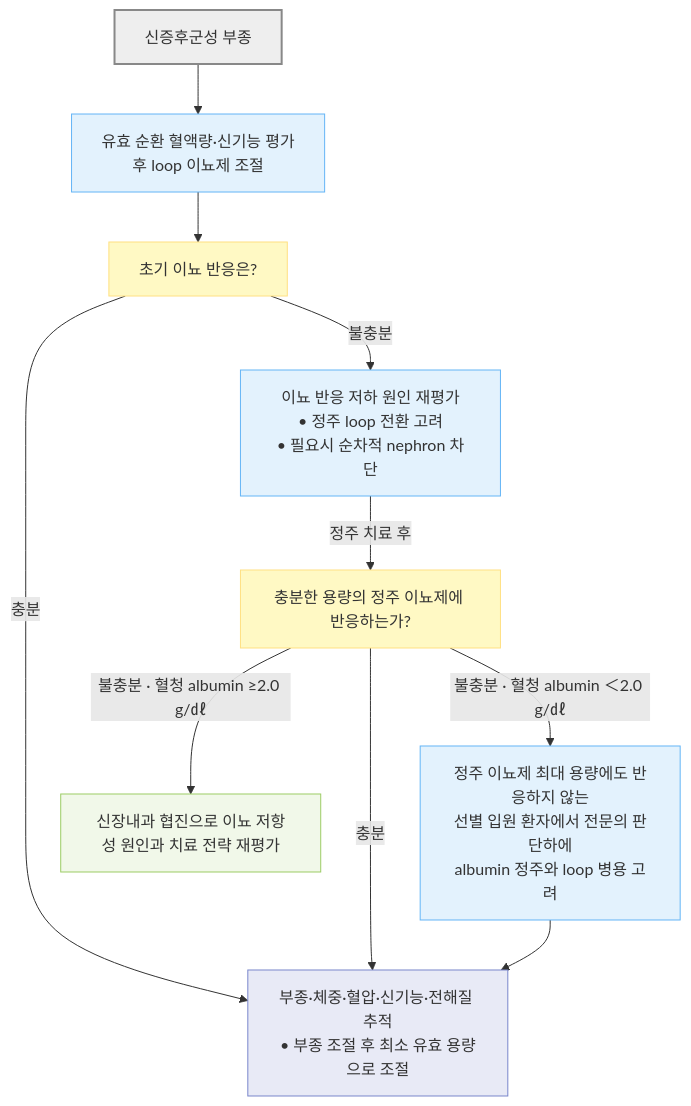
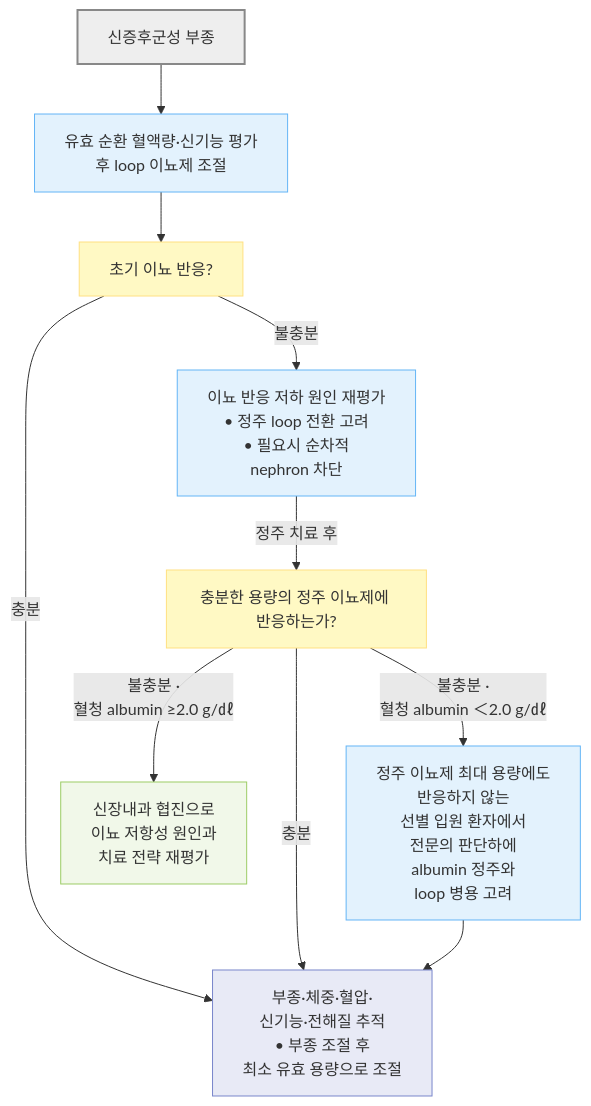
One commit to familyoh77/familyoh77 changed the fifth of 5 diagrams in 220_/012_-edema.md. Above: the diagram before and after it, drawn with Mermaid. The commit also changed other lines of this file, not shown here.

````diff
--- a/220_/012_-edema.md
+++ b/220_/012_-edema.md
@@ -455,22 +456,22 @@
 ```mermaid
 flowchart TD
     NS["신증후군성 부종"] --> NS1["유효 순환 혈액량·신기능 평가<br/>후 loop 이뇨제 조절"]
-    NS1 --> Q1["초기 이뇨 반응은?"]
-    Q1 -- "충분" --> F["부종·체중·혈압·신기능·전해질 추적<br/>• 부종 조절 후 최소 유효 용량으로 조절"]
-    Q1 -- "불충분" --> NS2["이뇨 반응 저하 원인 재평가<br/>• 정주 loop 전환 고려<br/>• 필요시 순차적 nephron 차단"]
+    NS1 --> Q1["초기 이뇨 반응?"]
+    Q1 -- "충분" --> F["부종·체중·혈압·<br/>신기능·전해질 추적<br/>• 부종 조절 후 <br/>최소 유효 용량으로 조절"]
+    Q1 -- "불충분" --> NS2["이뇨 반응 저하 원인 재평가<br/>• 정주 loop 전환 고려<br/>• 필요시 순차적 <br/>nephron 차단"]
     NS2 -- "정주 치료 후" --> Q2["충분한 용량의 정주 이뇨제에 반응하는가?"]
     Q2 -- "충분" --> F
-    Q2 -- "불충분 · 혈청 albumin ＜2.0 g/㎗" --> ALB["정주 이뇨제 최대 용량에도 반응하지 않는<br/>선별 입원 환자에서 전문의 판단하에<br/>albumin 정주와 loop 병용 고려"]
-    Q2 -- "불충분 · 혈청 albumin ≥2.0 g/㎗" --> R["신장내과 협진으로 이뇨 저항성 원인과 치료 전략 재평가"]
+    Q2 -- "불충분 · <br/>혈청 albumin ＜2.0 g/㎗" --> ALB["정주 이뇨제 최대 용량에도 <br/>반응하지 않는<br/>선별 입원 환자에서 <br/>전문의 판단하에<br/>albumin 정주와 <br/>loop 병용 고려"]
+    Q2 -- "불충분 · <br/>혈청 albumin ≥2.0 g/㎗" --> R["신장내과 협진으로 <br/>이뇨 저항성 원인과 <br/>치료 전략 재평가"]
     ALB --> F
     classDef start fill:#eeeeee,stroke:#888888,stroke-width:2px
     classDef question fill:#fff9c4,stroke:#ffe082
     classDef treatment fill:#e3f2fd,stroke:#64b5f6
     classDef followup fill:#e8eaf6,stroke:#7986cb
     classDef evaluation fill:#f1f8e9,stroke:#9ccc65
     class NS start
     class Q1,Q2 question
     class NS1,NS2,ALB treatment
     class F followup
     class R evaluation
 ```
````
